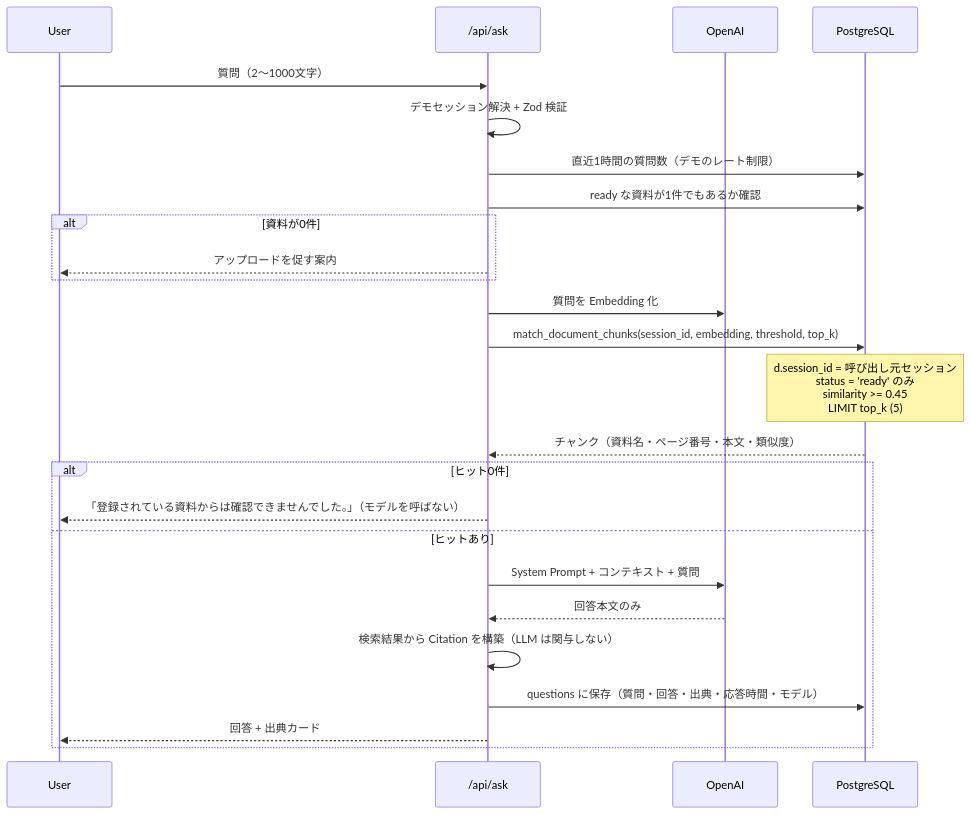
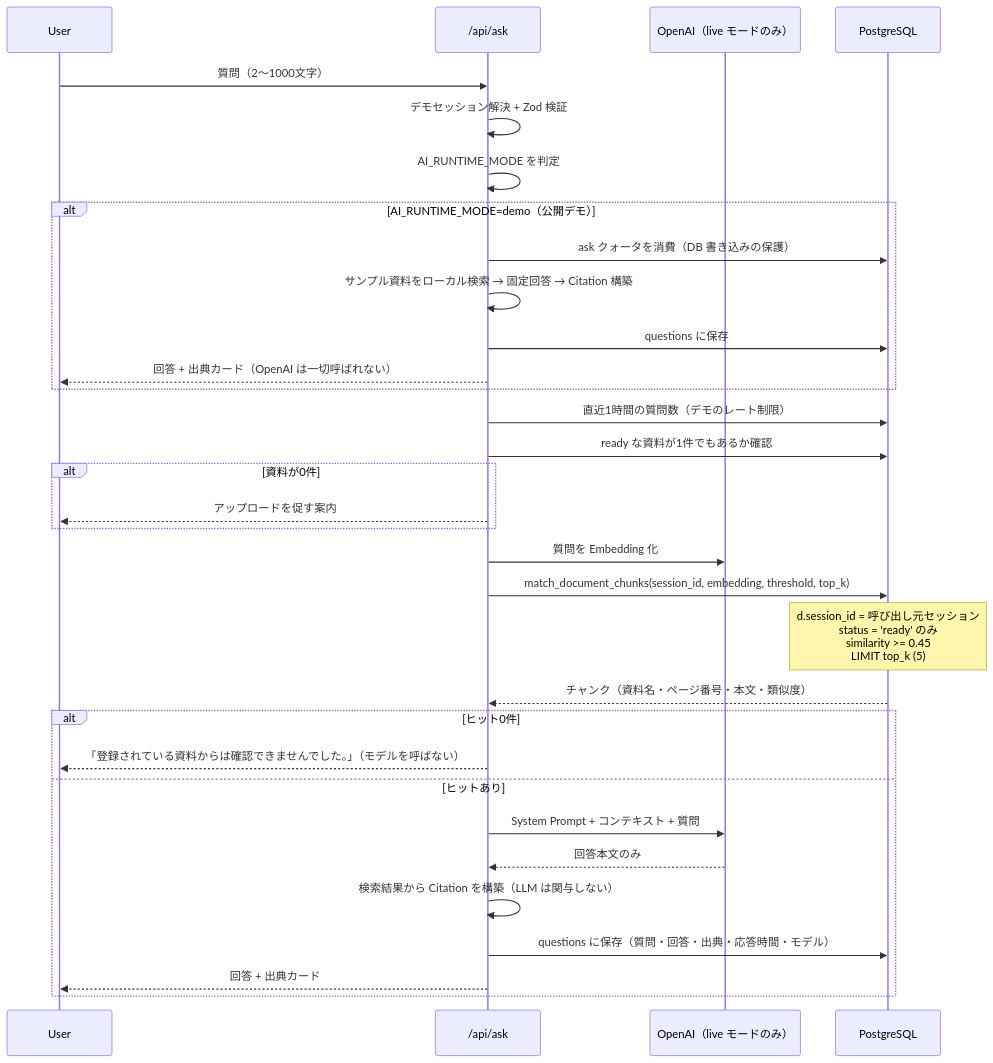
Before and after one commit to aicmode/enterprise-rag-knowledge-ai: the third of 3 diagrams in README.md, drawn with Mermaid. The commit also changed other lines of this file and 25 other files, not shown here.

Commit message:
Add safe demo mode for RAG AI

````diff
--- a/README.md
+++ b/README.md
@@ -289,28 +365,35 @@
 ```mermaid
 sequenceDiagram
     participant U as User
     participant A as /api/ask
-    participant O as OpenAI
+    participant O as OpenAI（live モードのみ）
     participant D as PostgreSQL
 
     U->>A: 質問（2〜1000文字）
     A->>A: デモセッション解決 + Zod 検証
+    A->>A: AI_RUNTIME_MODE を判定
+    alt AI_RUNTIME_MODE=demo（公開デモ）
+        A->>D: ask クォータを消費（DB 書き込みの保護）
+        A->>A: サンプル資料をローカル検索 → 固定回答 → Citation 構築
+        A->>D: questions に保存
+        A-->>U: 回答 + 出典カード（OpenAI は一切呼ばれない）
+    end
     A->>D: 直近1時間の質問数（デモのレート制限）
     A->>D: ready な資料が1件でもあるか確認
     alt 資料が0件
         A-->>U: アップロードを促す案内
     end
     A->>O: 質問を Embedding 化
     A->>D: match_document_chunks(session_id, embedding, threshold, top_k)
     Note over D: d.session_id = 呼び出し元セッション<br/>status = 'ready' のみ<br/>similarity >= 0.45<br/>LIMIT top_k (5)
     D-->>A: チャンク（資料名・ページ番号・本文・類似度）
     alt ヒット0件
         A-->>U: 「登録されている資料からは確認できませんでした。」（モデルを呼ばない）
     else ヒットあり
         A->>O: System Prompt + コンテキスト + 質問
         O-->>A: 回答本文のみ
         A->>A: 検索結果から Citation を構築（LLM は関与しない）
         A->>D: questions に保存（質問・回答・出典・応答時間・モデル）
         A-->>U: 回答 + 出典カード
     end
 ```
````
